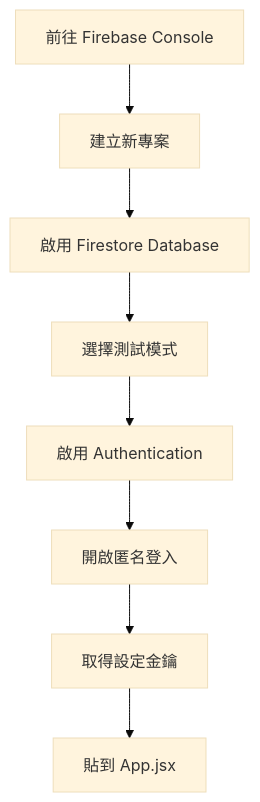
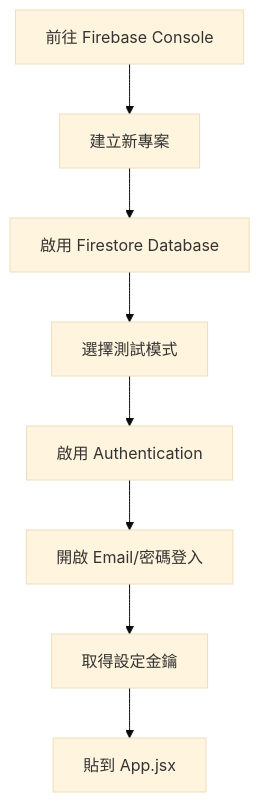
The fourth of 11 diagrams in WH-QR-CODE開發設計.md (eric4577599/WH-QR-Code), drawn with Mermaid (base theme) before and after one commit. The commit also changed other lines of this file, not shown here.

````diff
--- a/WH-QR-CODE開發設計.md
+++ b/WH-QR-CODE開發設計.md
@@ -145,10 +161,10 @@
 ```mermaid
 flowchart TB
     A[前往 Firebase Console] --> B[建立新專案]
     B --> C[啟用 Firestore Database]
     C --> D[選擇測試模式]
     D --> E[啟用 Authentication]
-    E --> F[開啟匿名登入]
+    E --> F[開啟 Email/密碼登入]
     F --> G[取得設定金鑰]
     G --> H[貼到 App.jsx]
 ```
````
